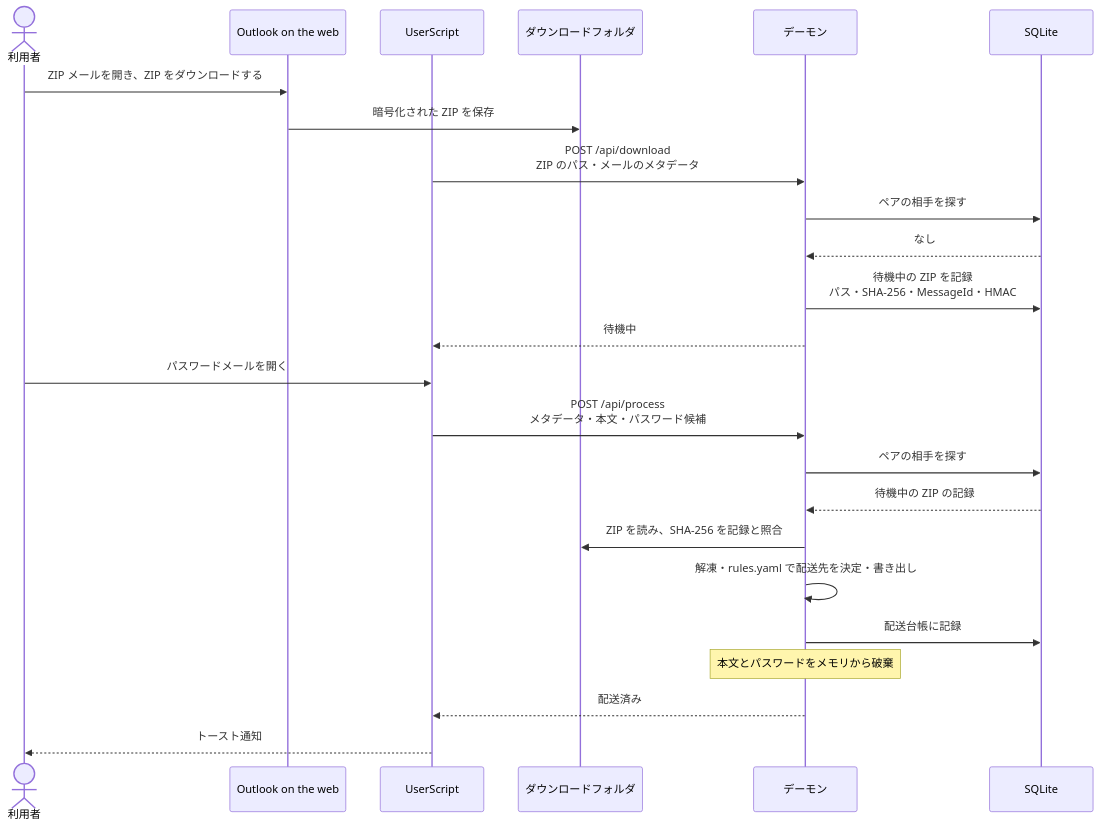
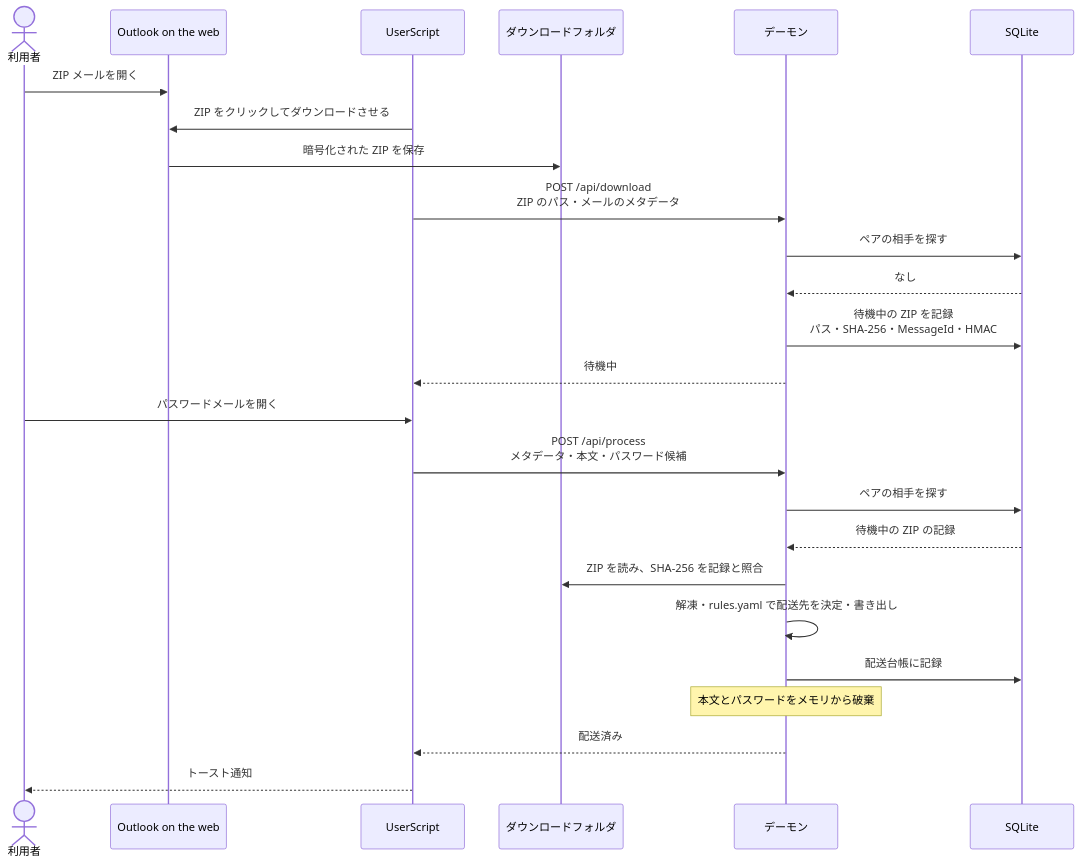
The third of 5 diagrams in docs/ARCHITECTURE.md (ShortArrow/ppapd), drawn with Mermaid before and after one commit. The commit also changed other lines of this file and 3 other files, not shown here.

````diff
--- a/docs/ARCHITECTURE.md
+++ b/docs/ARCHITECTURE.md
@@ -67,28 +68,29 @@
 ```mermaid
 sequenceDiagram
     actor U as 利用者
     participant OWA as Outlook on the web
     participant US as UserScript
     participant DL as ダウンロードフォルダ
     participant D as デーモン
     participant DB as SQLite
 
-    U->>OWA: ZIP メールを開き、ZIP をダウンロードする
+    U->>OWA: ZIP メールを開く
+    US->>OWA: ZIP をクリックしてダウンロードさせる
     OWA->>DL: 暗号化された ZIP を保存
     US->>D: POST /api/download<br/>ZIP のパス・メールのメタデータ
     D->>DB: ペアの相手を探す
     DB-->>D: なし
     D->>DB: 待機中の ZIP を記録<br/>パス・SHA-256・MessageId・HMAC
     D-->>US: 待機中
 
     U->>US: パスワードメールを開く
     US->>D: POST /api/process<br/>メタデータ・本文・パスワード候補
     D->>DB: ペアの相手を探す
     DB-->>D: 待機中の ZIP の記録
     D->>DL: ZIP を読み、SHA-256 を記録と照合
     D->>D: 解凍・rules.yaml で配送先を決定・書き出し
     D->>DB: 配送台帳に記録
     Note over D: 本文とパスワードをメモリから破棄
     D-->>US: 配送済み
     US-->>U: トースト通知
 ```
````
